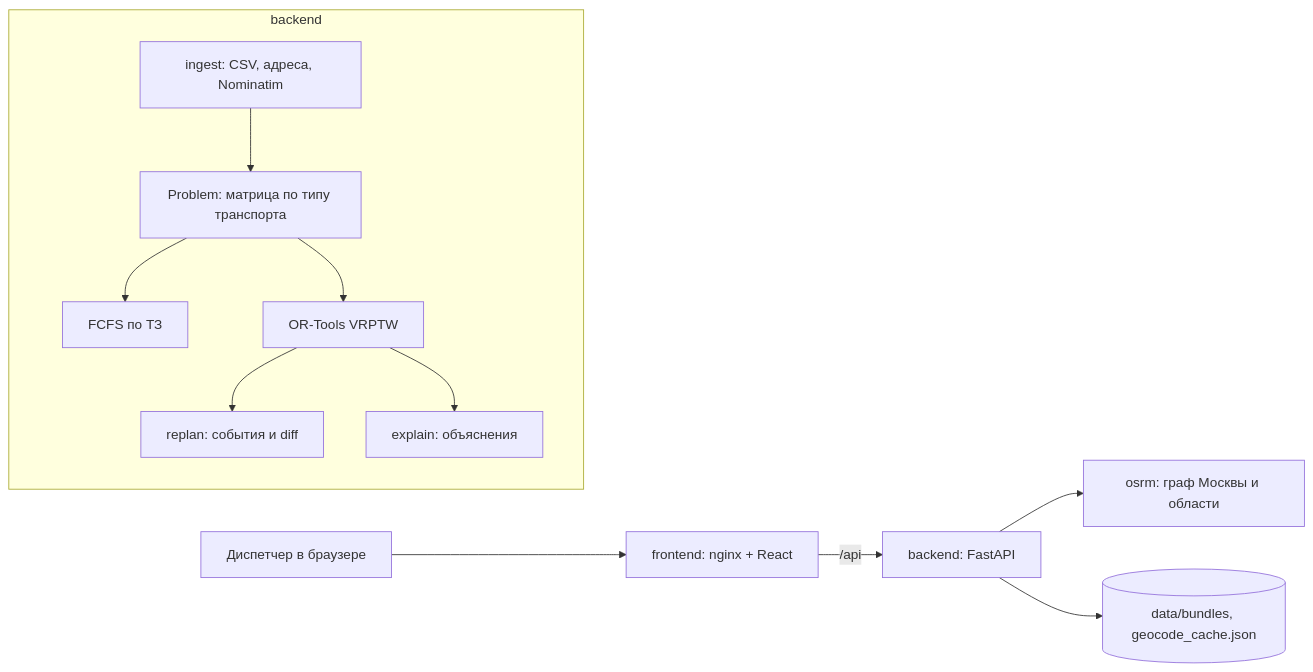
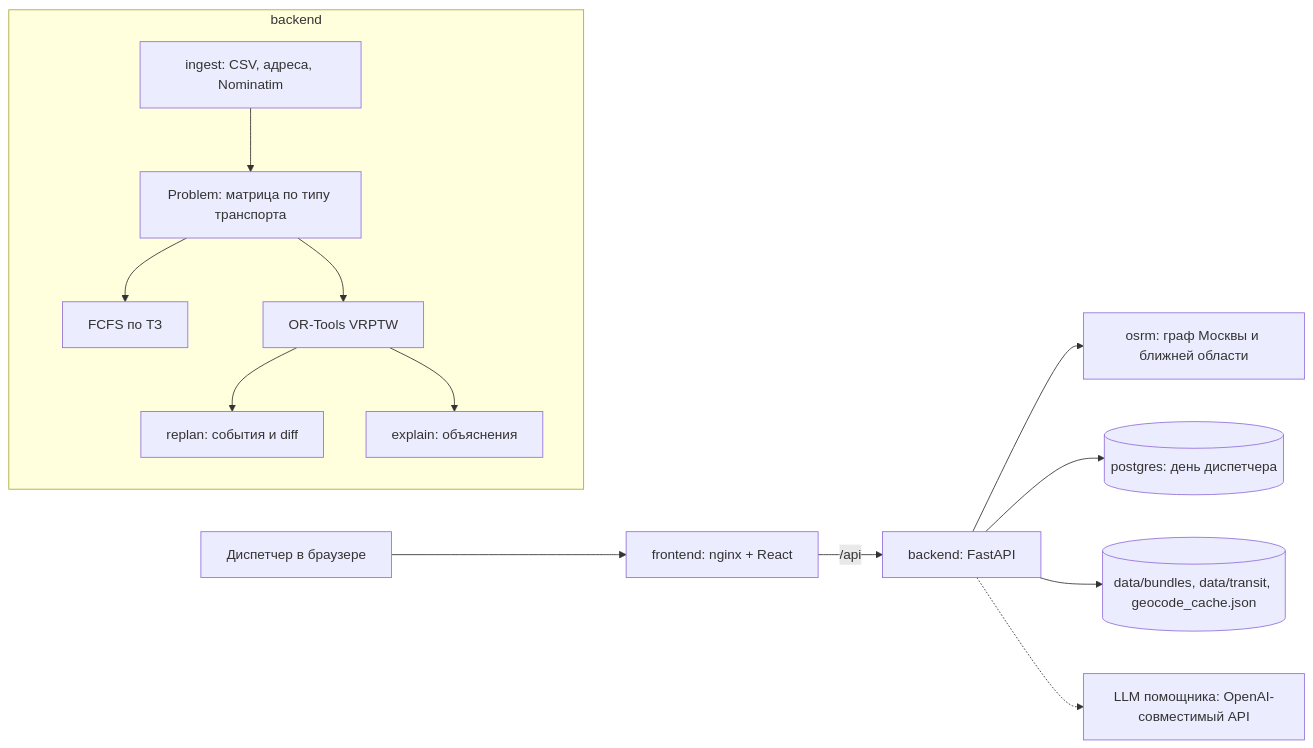
The diagram in README.md (earlyr1/beeline-routing), drawn with Mermaid before and after one commit. The commit also changed other lines of this file and 1 other file, not shown here.

````diff
--- a/README.md
+++ b/README.md
@@ -283,14 +283,16 @@
 ```mermaid
 flowchart LR
     U[Диспетчер в браузере] --> F[frontend: nginx + React]
     F -- /api --> B[backend: FastAPI]
-    B --> O[osrm: граф Москвы и области]
-    B --> D[(data/bundles, geocode_cache.json)]
+    B --> O[osrm: граф Москвы и ближней области]
+    B --> PG[(postgres: день диспетчера)]
+    B --> D[(data/bundles, data/transit, geocode_cache.json)]
+    B -.-> L[LLM помощника: OpenAI-совместимый API]
     subgraph backend
         I[ingest: CSV, адреса, Nominatim] --> P[Problem: матрица по типу транспорта]
         P --> S1[FCFS по ТЗ]
         P --> S2[OR-Tools VRPTW]
         S2 --> E[replan: события и diff]
         S2 --> X[explain: объяснения]
     end
 ```
````
